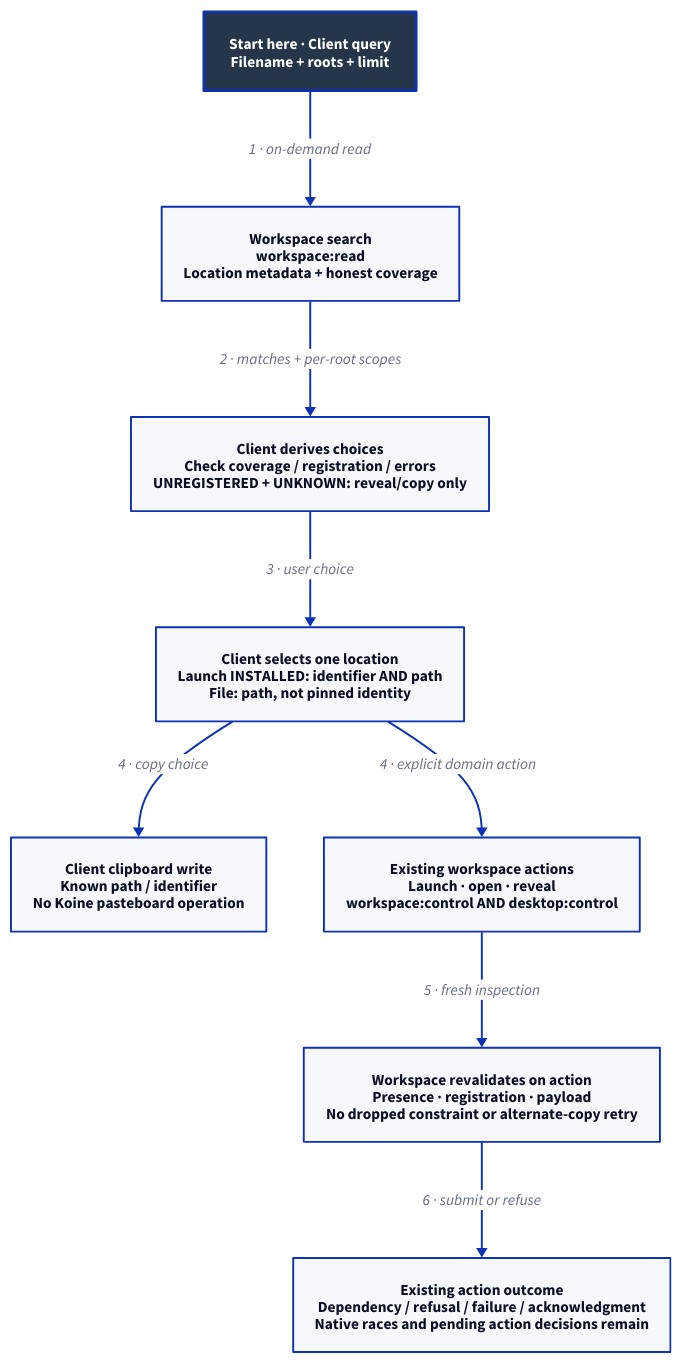
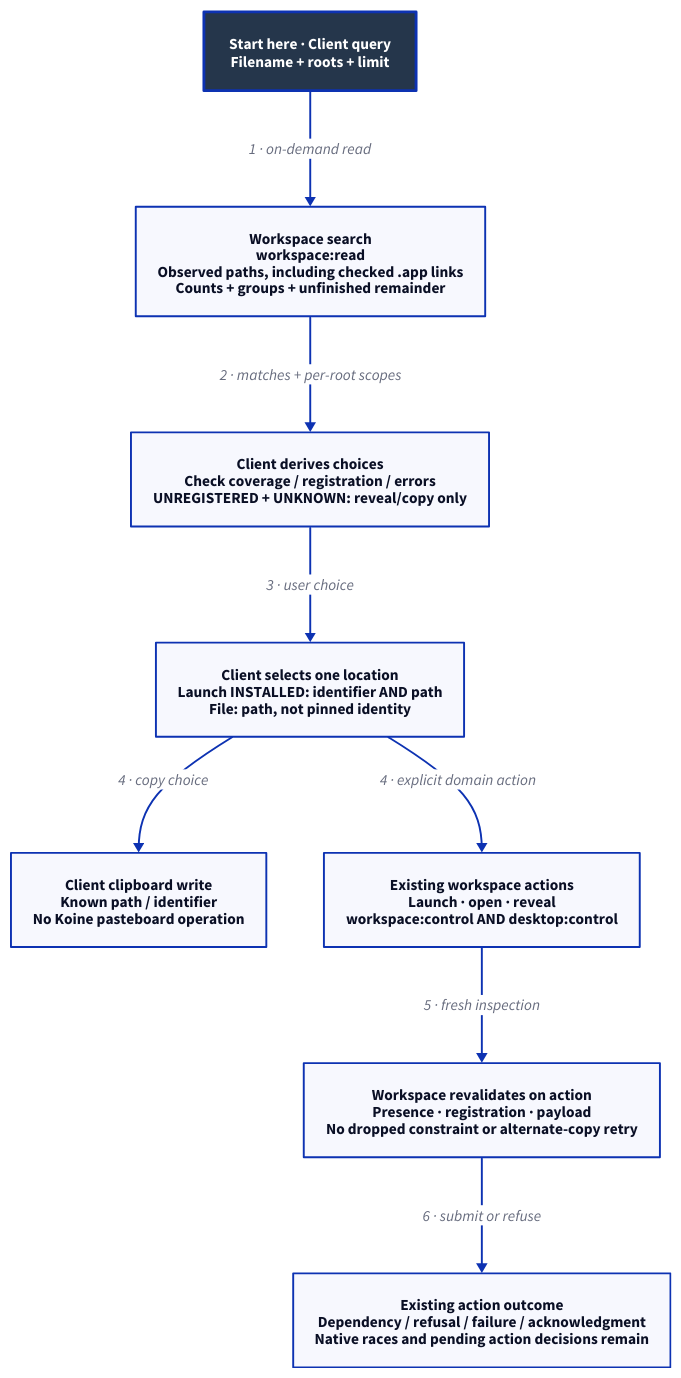
Before and after one commit to Linkuistics/Koine: the diagram in docs/design/architecture/search-handoff.d2, drawn with D2. The commit also changed 19 other files, not shown here.

Commit message:
search-coverage-k96: design generic application discovery and bounded coverage

```diff
--- a/docs/design/architecture/search-handoff.d2
+++ b/docs/design/architecture/search-handoff.d2
@@ -1,20 +1,20 @@
 # Designed component/data handoff. Source roles, not deployment containers.
 direction: down
 classes: {
   start: {style: {fill: "#25364B"; font-color: "#FFFFFF"; bold: true; stroke-width: 3}}
 }
 Start: "Start here · Client query\nFilename + roots + limit" {class: start}
-Search: "Workspace search\nworkspace:read\nLocation metadata + honest coverage"
+Search: "Workspace search\nworkspace:read\nObserved paths, including checked .app links\nCounts + groups + unfinished remainder"
 Choices: "Client derives choices\nCheck coverage / registration / errors\nUNREGISTERED + UNKNOWN: reveal/copy only"
 Selected: "Client selects one location\nLaunch INSTALLED: identifier AND path\nFile: path, not pinned identity"
 Clipboard: "Client clipboard write\nKnown path / identifier\nNo Koine pasteboard operation"
 Action: "Existing workspace actions\nLaunch · open · reveal\nworkspace:control AND desktop:control"
 Revalidate: "Workspace revalidates on action\nPresence · registration · payload\nNo dropped constraint or alternate-copy retry"
 Outcome: "Existing action outcome\nDependency / refusal / failure / acknowledgment\nNative races and pending action decisions remain"
 Start -> Search: "1 · on-demand read"
 Search -> Choices: "2 · matches + per-root scopes"
 Choices -> Selected: "3 · user choice"
 Selected -> Clipboard: "4 · copy choice"
 Selected -> Action: "4 · explicit domain action"
 Action -> Revalidate: "5 · fresh inspection"
 Revalidate -> Outcome: "6 · submit or refuse"
```
